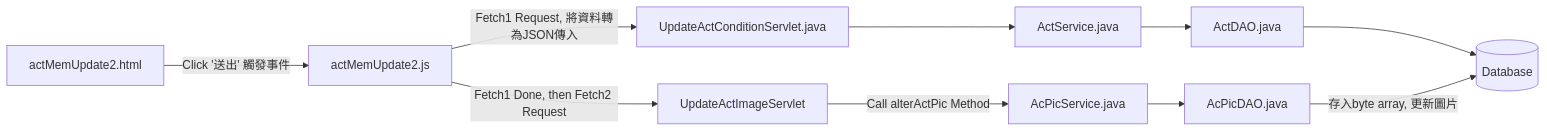
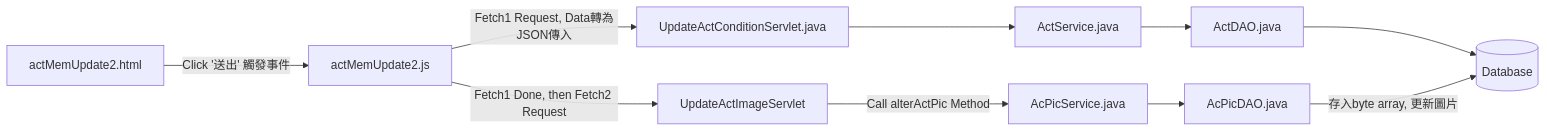
Before and after one commit to TLexYuW/CGA103G1OwnPart: the eighth of 16 diagrams in README.md, drawn with Mermaid. The commit also changed other lines of this file, not shown here.

````diff
--- a/README.md
+++ b/README.md
@@ -107,8 +108,8 @@
 ```mermaid
 flowchart LR
 	aMU2html[actMemUpdate2.html] -->|Click '送出' 觸發事件| aMU2js[actMemUpdate2.js] 
-	-->|Fetch1 Request, 將資料轉為JSON傳入| UACS[UpdateActConditionServlet.java]
+	-->|Fetch1 Request, Data轉為JSON傳入| UACS[UpdateActConditionServlet.java]
 	--> AS[ActService.java] --> AD[ActDAO.java] --> DB[(Database)]
 	aMU2js -->|Fetch1 Done, then Fetch2 Request| UAIS[UpdateActImageServlet]
 	-->|Call alterActPic Method| APS[AcPicService.java] --> APD[AcPicDAO.java] -->|存入byte array, 更新圖片| DB[(Database)]
 ```
````
